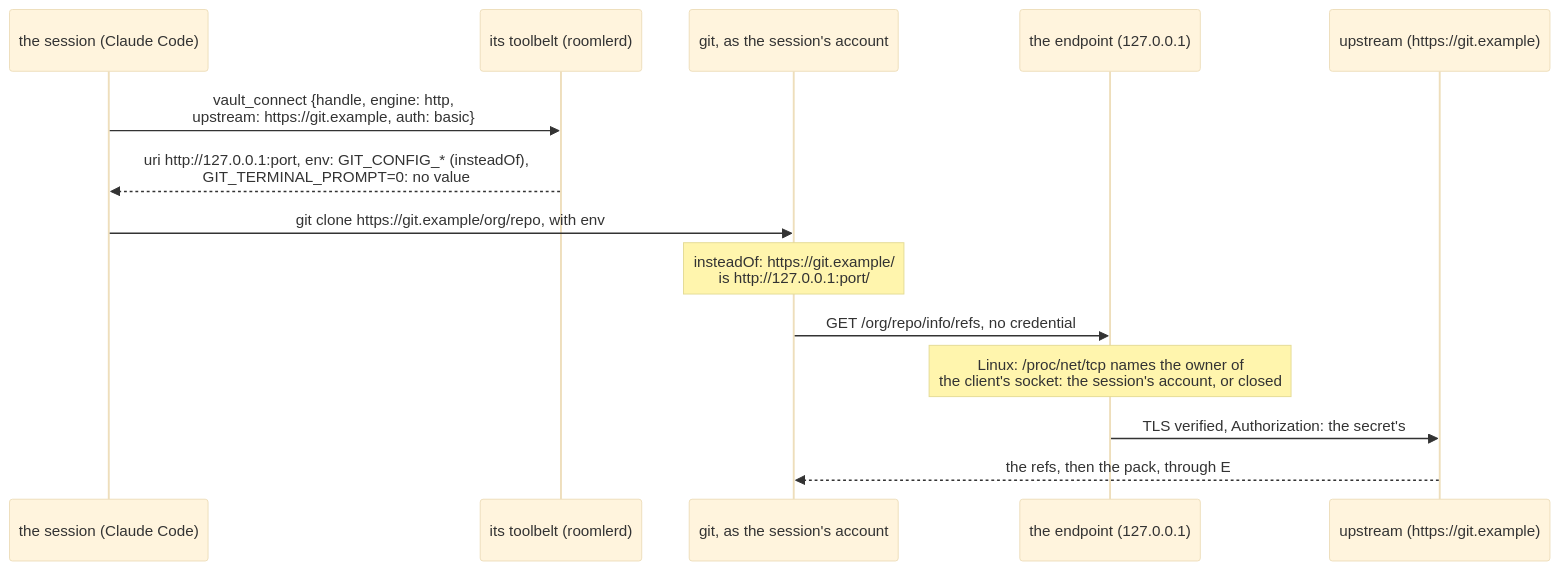
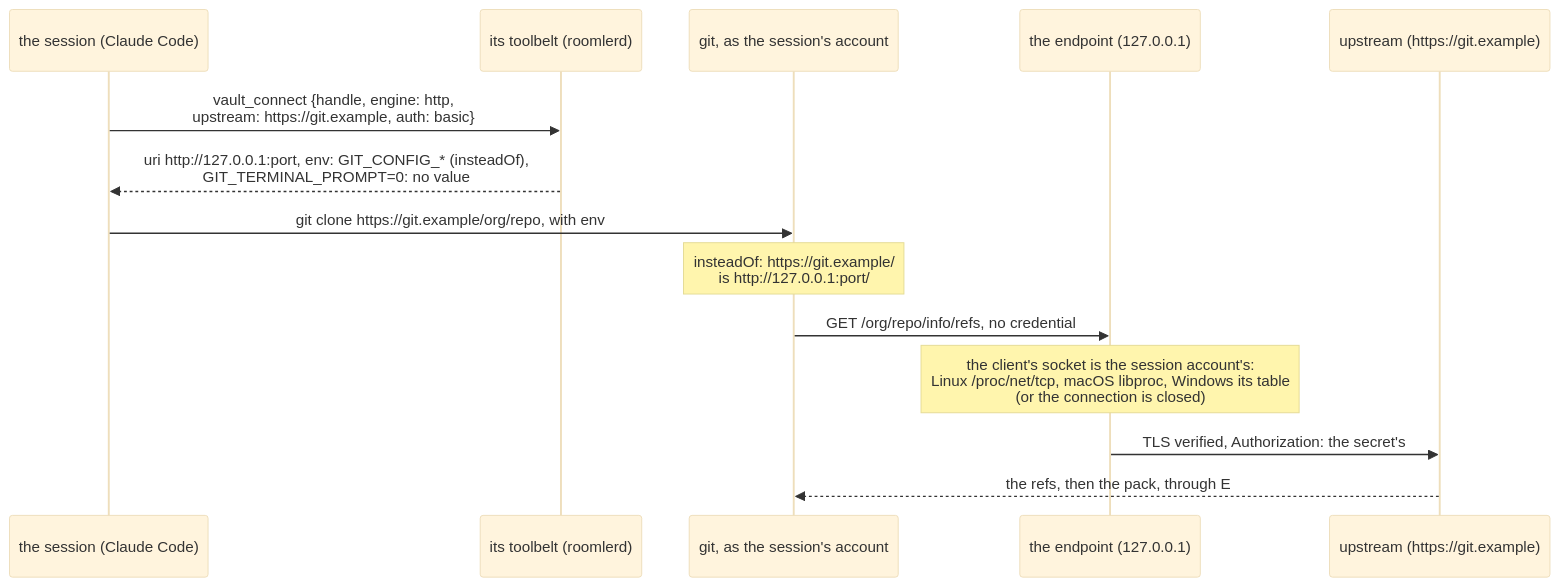
Before and after one commit to gjovanov/roomler-ai: diagram 18 of 18 in docs/vault.md, drawn with Mermaid (base theme). The commit also changed other lines of this file and 5 other files, not shown here.

````diff
--- a/docs/vault.md
+++ b/docs/vault.md
@@ -1330,16 +1331,16 @@
 ```mermaid
 sequenceDiagram
     participant M as the session (Claude Code)
     participant T as its toolbelt (roomlerd)
     participant G as git, as the session's account
     participant E as the endpoint (127.0.0.1)
     participant U as upstream (https://git.example)
     M->>T: vault_connect {handle, engine: http,<br/>upstream: https://git.example, auth: basic}
     T-->>M: uri http://127.0.0.1:port, env: GIT_CONFIG_* (insteadOf),<br/>GIT_TERMINAL_PROMPT=0: no value
     M->>G: git clone https://git.example/org/repo, with env
     Note over G: insteadOf: https://git.example/<br/>is http://127.0.0.1:port/
     G->>E: GET /org/repo/info/refs, no credential
-    Note over E: Linux: /proc/net/tcp names the owner of<br/>the client's socket: the session's account, or closed
+    Note over E: the client's socket is the session account's:<br/>Linux /proc/net/tcp, macOS libproc, Windows its table<br/>(or the connection is closed)
     E->>U: TLS verified, Authorization: the secret's
     U-->>G: the refs, then the pack, through E
 ```
````
